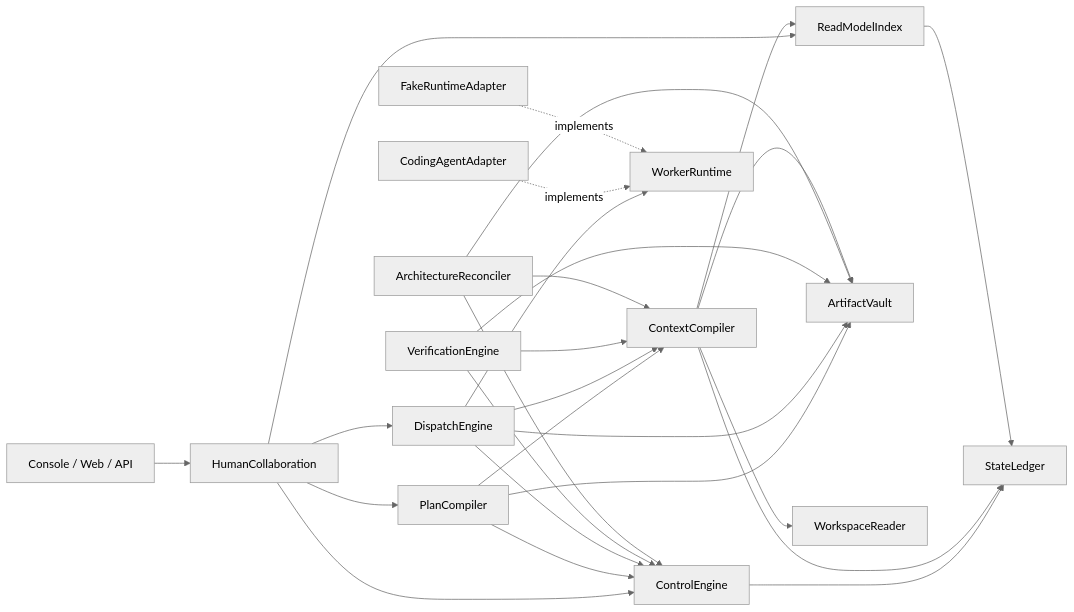
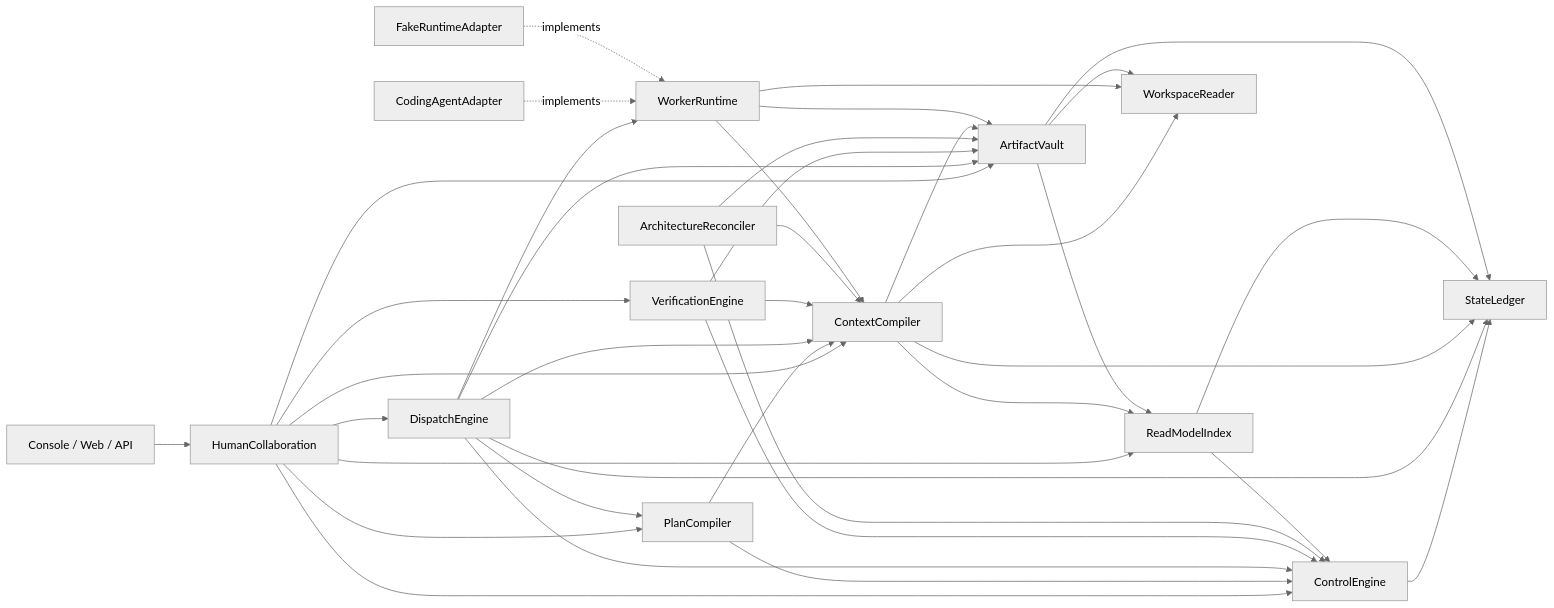
One commit to hk865/my-coding-platform-docs changed the second of 2 diagrams in agent_platform/ARCHITECTURE.md. Above: the diagram before and after it, drawn with Mermaid (neutral theme). The commit also changed other lines of this file and 33 other files, not shown here.

````diff
--- a/agent_platform/ARCHITECTURE.md
+++ b/agent_platform/ARCHITECTURE.md
@@ -180,35 +195,47 @@
 ```mermaid
 flowchart LR
   Apps[Console / Web / API] --> HumanCollaboration
   HumanCollaboration --> PlanCompiler
   HumanCollaboration --> ControlEngine
   HumanCollaboration --> ReadModelIndex
   HumanCollaboration --> DispatchEngine
+  HumanCollaboration --> ContextCompiler
+  HumanCollaboration --> VerificationEngine
+  HumanCollaboration --> ArtifactVault
 
   PlanCompiler --> ContextCompiler
   PlanCompiler --> ControlEngine
-  PlanCompiler --> ArtifactVault
   ControlEngine --> StateLedger
 
   DispatchEngine --> ControlEngine
   DispatchEngine --> ContextCompiler
   DispatchEngine --> WorkerRuntime
   DispatchEngine --> ArtifactVault
+  DispatchEngine --> StateLedger
+  DispatchEngine --> PlanCompiler
 
   VerificationEngine --> ControlEngine
   VerificationEngine --> ContextCompiler
   VerificationEngine --> ArtifactVault
 
   ArchitectureReconciler --> ControlEngine
   ArchitectureReconciler --> ArtifactVault
   ArchitectureReconciler --> ContextCompiler
 
   ContextCompiler --> StateLedger
   ContextCompiler --> ArtifactVault
   ContextCompiler --> ReadModelIndex
   ContextCompiler --> WorkspaceReader
   ReadModelIndex --> StateLedger
+  ReadModelIndex --> ControlEngine
+
+  WorkerRuntime --> ContextCompiler
+  WorkerRuntime --> WorkspaceReader
+  WorkerRuntime --> ArtifactVault
+  ArtifactVault --> StateLedger
+  ArtifactVault --> ReadModelIndex
+  ArtifactVault --> WorkspaceReader
 
   CodingAgentAdapter -.implements.-> WorkerRuntime
   FakeRuntimeAdapter -.implements.-> WorkerRuntime
 ```
````
